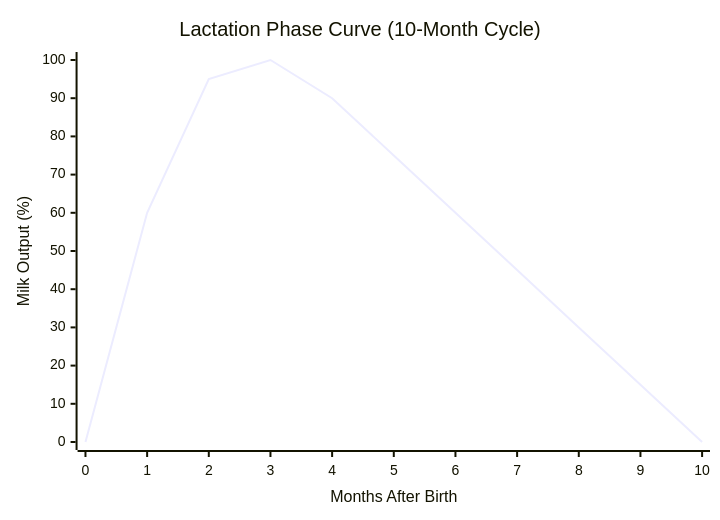
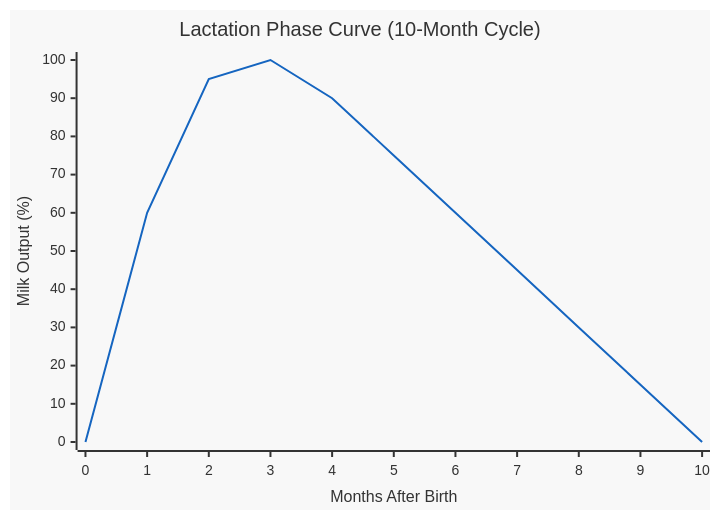
The diagram in docs/user-guide/guide-breeding.md (rittermod/FS25_RealisticLivestockRM), drawn with Mermaid before and after one commit. The commit also changed 5 other files, not shown here.

Commit message:
docs: Add contrast to graphs and remove useless graphs

````diff
--- a/docs/user-guide/guide-breeding.md
+++ b/docs/user-guide/guide-breeding.md
@@ -148,7 +148,8 @@
 ```mermaid
+%%{init: {"themeVariables": {"xyChart": {"backgroundColor": "#f8f8f8", "titleColor": "#333333", "xAxisLabelColor": "#333333", "xAxisTitleColor": "#333333", "xAxisTickColor": "#333333", "xAxisLineColor": "#333333", "yAxisLabelColor": "#333333", "yAxisTitleColor": "#333333", "yAxisTickColor": "#333333", "yAxisLineColor": "#333333", "plotColorPalette": "#1565c0"}}}}%%
 xychart-beta
     title "Lactation Phase Curve (10-Month Cycle)"
     x-axis "Months After Birth" [0, 1, 2, 3, 4, 5, 6, 7, 8, 9, 10]
     y-axis "Milk Output (%)" 0 --> 100
     line [0, 60, 95, 100, 90, 75, 60, 45, 30, 15, 0]
 ```
````
